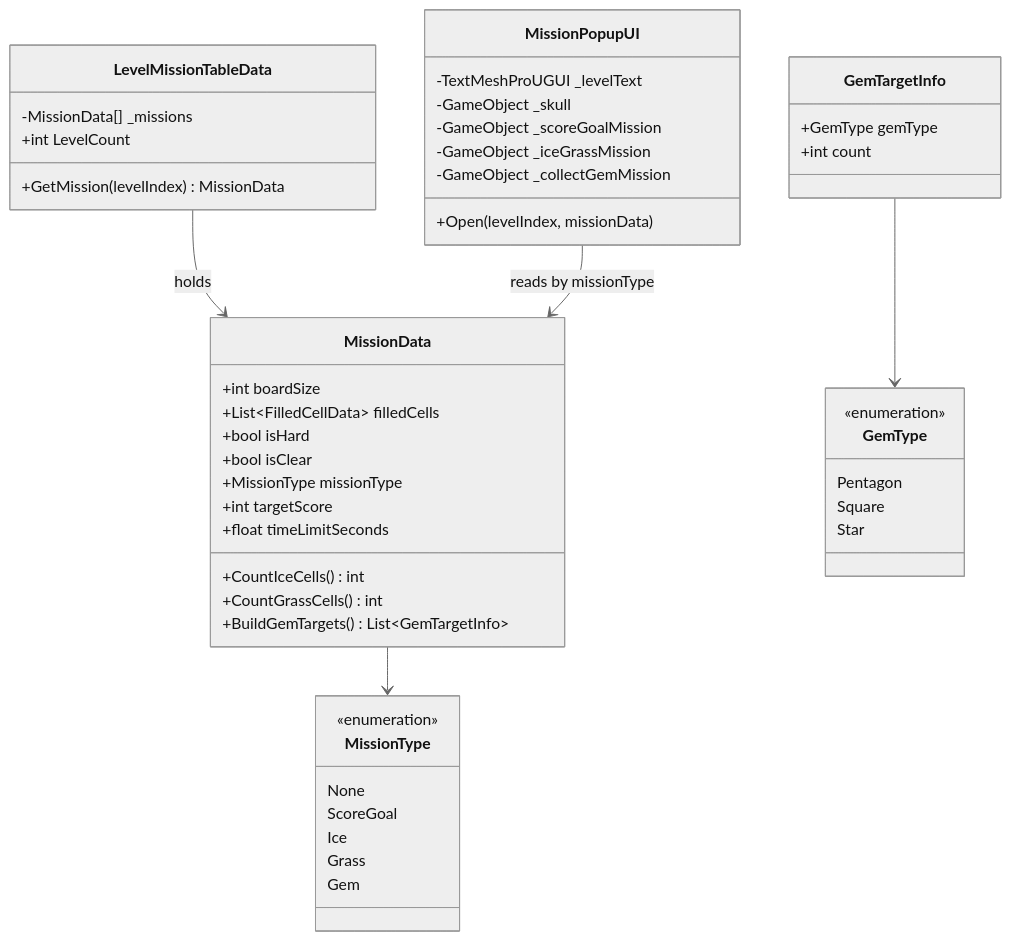
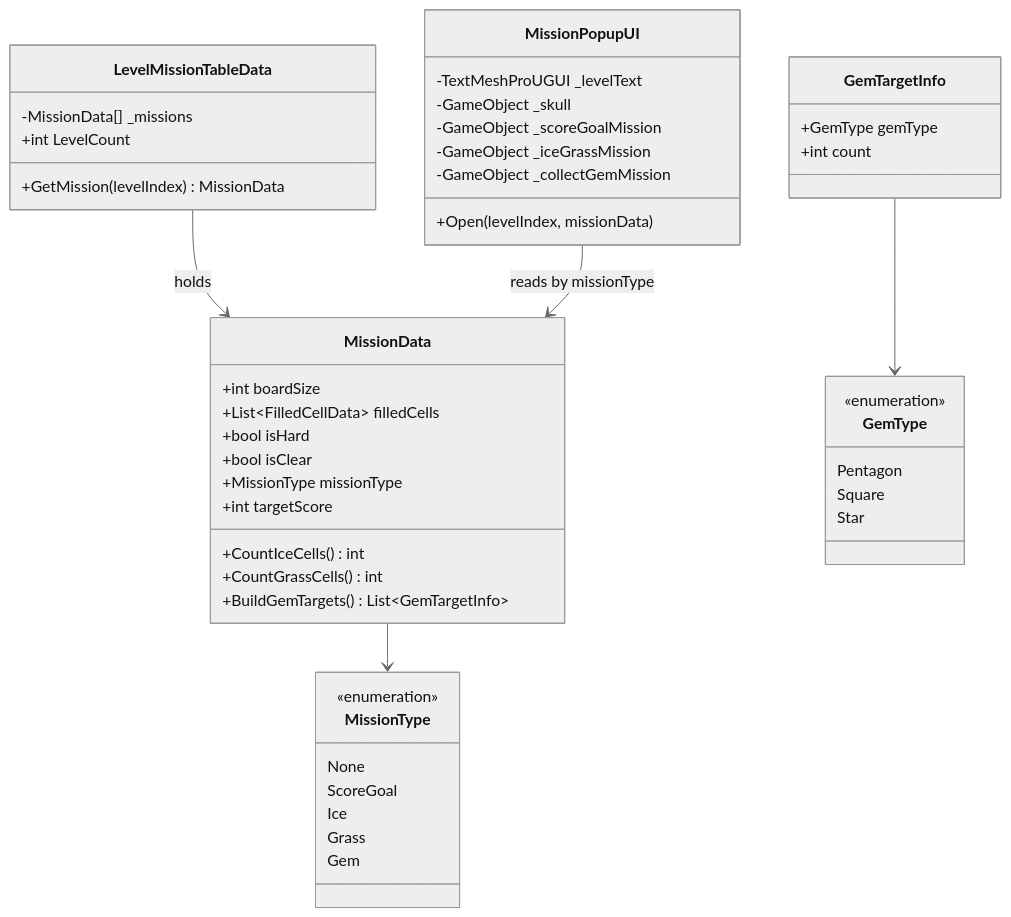
Before and after one commit to chlghksgml01/BlockPuzzle: the second of 3 diagrams in docs/diagrams/level-map.md, drawn with Mermaid (neutral theme). The commit also changed other lines of this file and 12 other files, not shown here.

````diff
--- a/docs/diagrams/level-map.md
+++ b/docs/diagrams/level-map.md
@@ -103,56 +103,55 @@
 ```mermaid
 classDiagram
     class MissionData {
         +int boardSize
         +List~FilledCellData~ filledCells
         +bool isHard
         +bool isClear
         +MissionType missionType
         +int targetScore
-        +float timeLimitSeconds
         +CountIceCells() int
         +CountGrassCells() int
         +BuildGemTargets() List~GemTargetInfo~
     }
 
     class MissionType {
         <<enumeration>>
         None
         ScoreGoal
         Ice
         Grass
         Gem
     }
 
     class GemType {
         <<enumeration>>
         Pentagon
         Square
         Star
     }
 
     class GemTargetInfo {
         +GemType gemType
         +int count
     }
 
     class LevelMissionTableData {
         -MissionData[] _missions
         +int LevelCount
         +GetMission(levelIndex) MissionData
     }
 
     class MissionPopupUI {
         -TextMeshProUGUI _levelText
         -GameObject _skull
         -GameObject _scoreGoalMission
         -GameObject _iceGrassMission
         -GameObject _collectGemMission
         +Open(levelIndex, missionData)
     }
 
     MissionData --> MissionType
     GemTargetInfo --> GemType
     LevelMissionTableData --> MissionData : holds
     MissionPopupUI --> MissionData : reads by missionType
 ```
````
